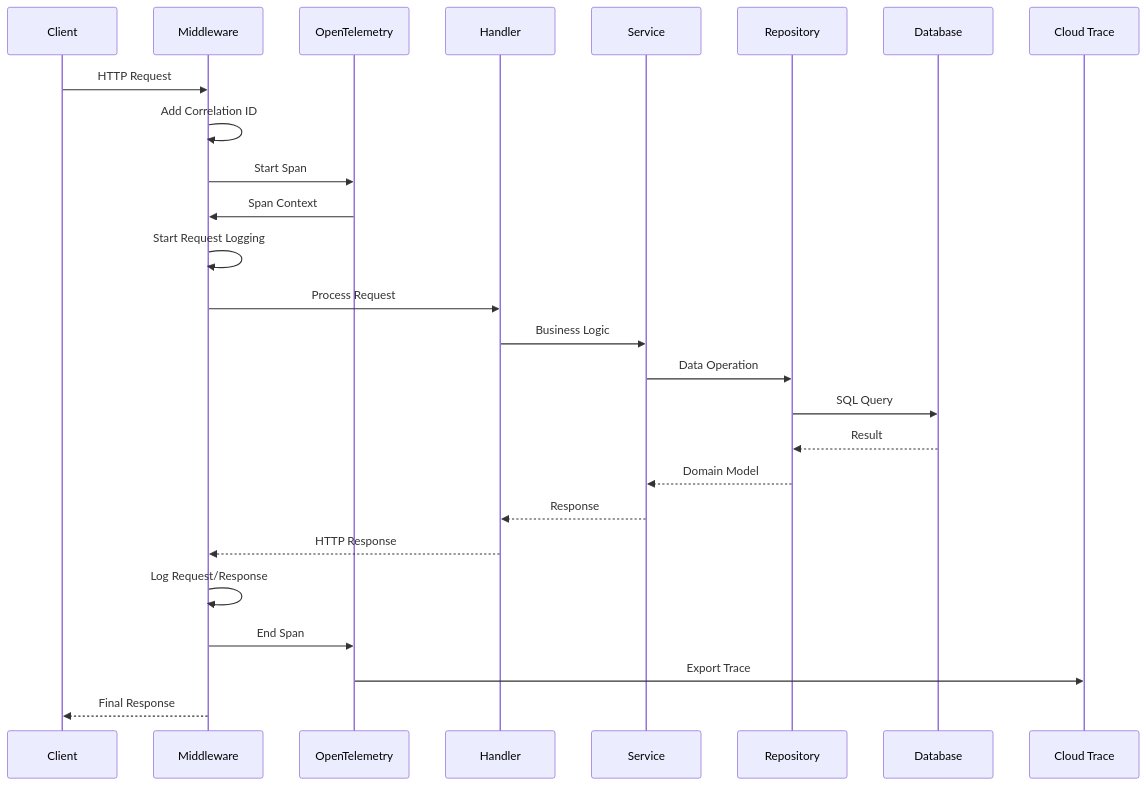
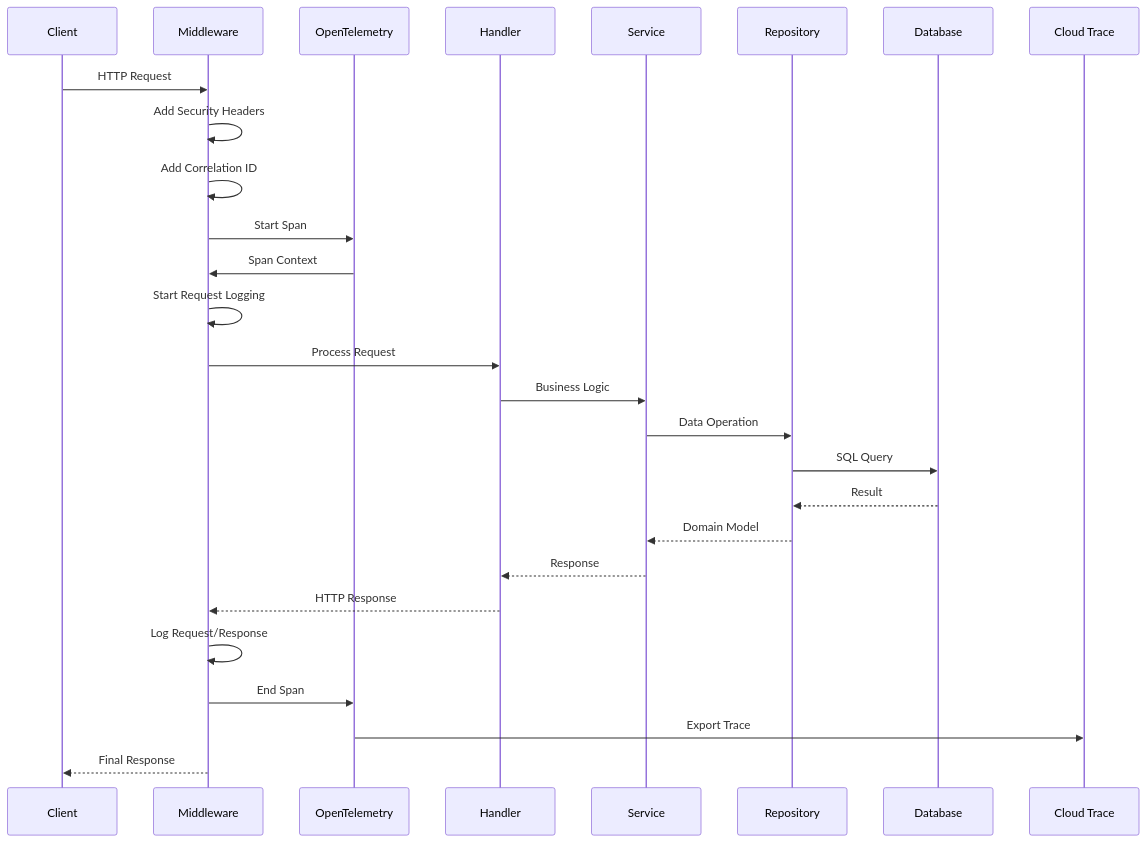
Before and after one commit to STICORP/tributum-back: the third of 4 diagrams in README.md, drawn with Mermaid. The commit also changed other lines of this file, not shown here.

````diff
--- a/README.md
+++ b/README.md
@@ -180,29 +257,30 @@
 ```mermaid
 sequenceDiagram
     participant C as Client
     participant M as Middleware
     participant T as OpenTelemetry
     participant H as Handler
     participant S as Service
     participant R as Repository
     participant D as Database
     participant CT as Cloud Trace
 
     C->>M: HTTP Request
+    M->>M: Add Security Headers
     M->>M: Add Correlation ID
     M->>T: Start Span
     T->>M: Span Context
     M->>M: Start Request Logging
     M->>H: Process Request
     H->>S: Business Logic
     S->>R: Data Operation
     R->>D: SQL Query
     D-->>R: Result
     R-->>S: Domain Model
     S-->>H: Response
     H-->>M: HTTP Response
     M->>M: Log Request/Response
     M->>T: End Span
     T->>CT: Export Trace
     M-->>C: Final Response
 ```
````
